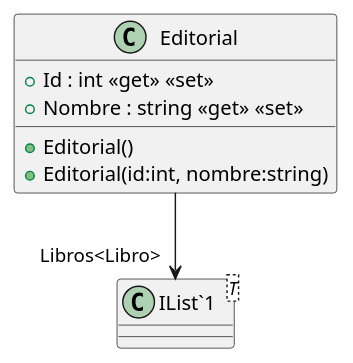
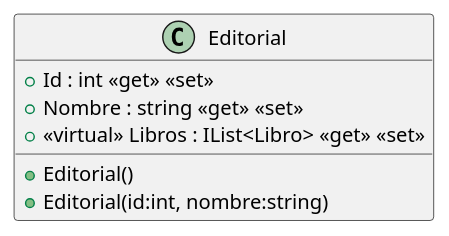
Before and after one commit to ISII2627JRJ/ISII2627JRJ: the diagram in src/AppForSEII.API/ClassDiagram/Editorial.puml, drawn with PlantUML. The commit also changed 11 other files, not shown here.

First line of the commit message:
Desarrollo de la clase paypal y actualizacion de diagramas uml (#42)

```diff
--- a/src/AppForSEII.API/ClassDiagram/Editorial.puml
+++ b/src/AppForSEII.API/ClassDiagram/Editorial.puml
@@ -1,11 +1,9 @@
 @startuml
 class Editorial {
     + Id : int <<get>> <<set>>
     + Nombre : string <<get>> <<set>>
+    + <<virtual>> Libros : IList<Libro> <<get>> <<set>>
     + Editorial()
     + Editorial(id:int, nombre:string)
 }
-class "IList`1"<T> {
-}
-Editorial --> "Libros<Libro>" "IList`1"
 @enduml
```
